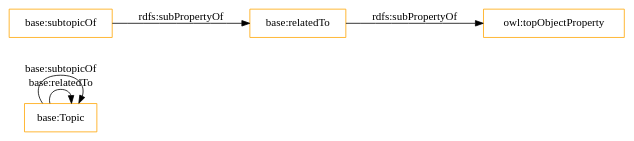
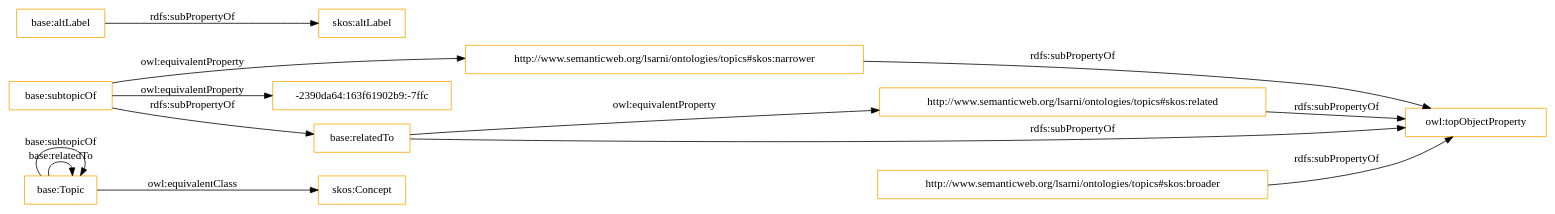
The diagram in OnToology/topics.owl/diagrams/ar2dtool-class/topics.owl.png.dot (lsarni/OntoCIS), drawn with Graphviz before and after one commit. The commit also changed 8 other files, not shown here.

```diff
--- a/OnToology/topics.owl/diagrams/ar2dtool-class/topics.owl.png.dot
+++ b/OnToology/topics.owl/diagrams/ar2dtool-class/topics.owl.png.dot
@@ -1,10 +1,18 @@
 digraph ar2dtool_diagram { 
 rankdir=LR;
 size="1501"
-node [shape = rectangle, color="orange"]; "base:Topic" ; /*classes style*/
+node [shape = rectangle, color="orange"]; "skos:Concept" "base:Topic" ; /*classes style*/
+	"http://www.semanticweb.org/lsarni/ontologies/topics#skos:related" -> "owl:topObjectProperty" [ label = "rdfs:subPropertyOf" ];
+	"http://www.semanticweb.org/lsarni/ontologies/topics#skos:narrower" -> "owl:topObjectProperty" [ label = "rdfs:subPropertyOf" ];
+	"base:subtopicOf" -> "-2390da64:163f61902b9:-7ffc" [ label = "owl:equivalentProperty" ];
+	"base:subtopicOf" -> "http://www.semanticweb.org/lsarni/ontologies/topics#skos:narrower" [ label = "owl:equivalentProperty" ];
+	"base:subtopicOf" -> "base:relatedTo" [ label = "rdfs:subPropertyOf" ];
+	"base:Topic" -> "skos:Concept" [ label = "owl:equivalentClass" ];
+	"base:relatedTo" -> "http://www.semanticweb.org/lsarni/ontologies/topics#skos:related" [ label = "owl:equivalentProperty" ];
 	"base:relatedTo" -> "owl:topObjectProperty" [ label = "rdfs:subPropertyOf" ];
-	"base:subtopicOf" -> "base:relatedTo" [ label = "rdfs:subPropertyOf" ];
+	"http://www.semanticweb.org/lsarni/ontologies/topics#skos:broader" -> "owl:topObjectProperty" [ label = "rdfs:subPropertyOf" ];
+	"base:altLabel" -> "skos:altLabel" [ label = "rdfs:subPropertyOf" ];
 	"base:Topic" -> "base:Topic" [ label = "base:relatedTo" ];
 	"base:Topic" -> "base:Topic" [ label = "base:subtopicOf" ];
 
 }
```
